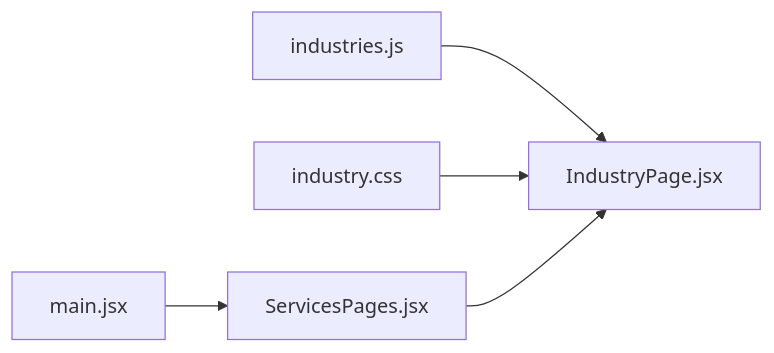
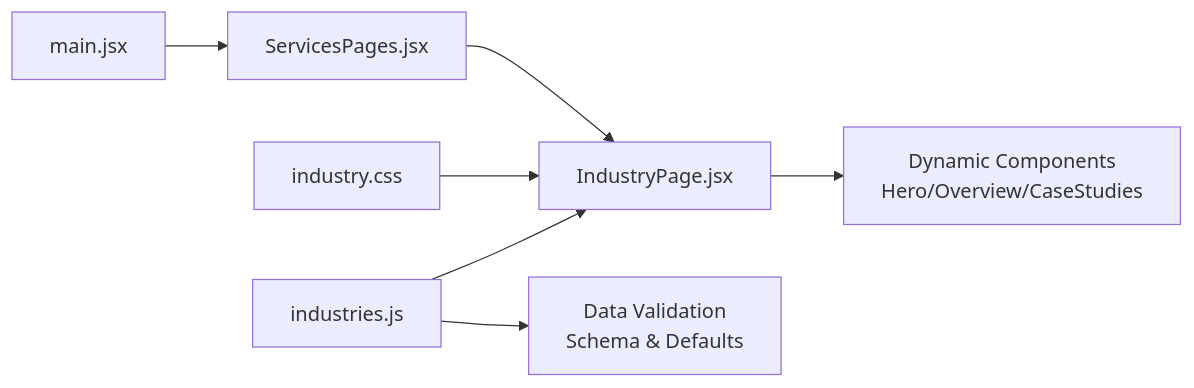
Before and after one commit to Theja4/podiummomentum: the third of 3 diagrams in .qoder/repowiki/en/content/Component Architecture/Industry Showcase Components.md, drawn with Mermaid. The commit also changed other lines of this file and 35 other files, not shown here.

````diff
--- a/.qoder/repowiki/en/content/Component Architecture/Industry Showcase Components.md
+++ b/.qoder/repowiki/en/content/Component Architecture/Industry Showcase Components.md
@@ -196,7 +213,9 @@
 ```mermaid
 graph LR
 IndustriesJS["industries.js"] --> IndustryPageJS["IndustryPage.jsx"]
 IndustryCSS["industry.css"] --> IndustryPageJS
 MainJS["main.jsx"] --> ServicesPagesJS["ServicesPages.jsx"]
 ServicesPagesJS --> IndustryPageJS
+IndustryPageJS --> DynamicComponents["Dynamic Components<br/>Hero/Overview/CaseStudies"]
+IndustriesJS --> Validation["Data Validation<br/>Schema & Defaults"]
 ```
````
